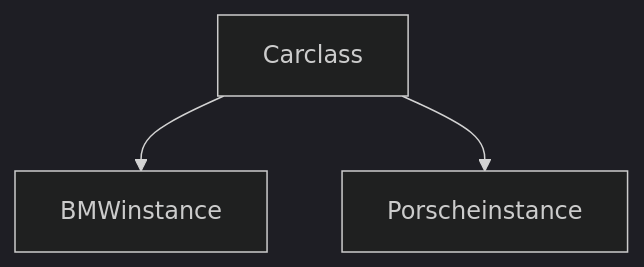
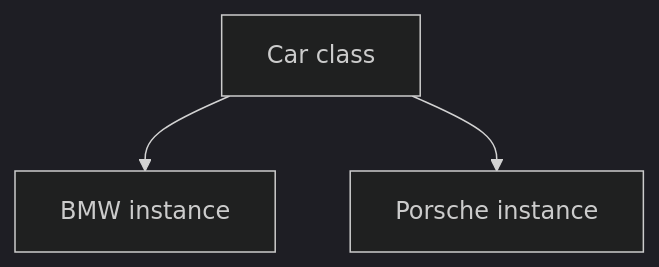
The first of 2 diagrams in README.md (IlyaPrusakou/ABAPBuilderPattern), drawn with Mermaid (dark theme) before and after one commit.

Commit message:
Update README.md
Diagram formatting

````diff
--- a/README.md
+++ b/README.md
@@ -47,5 +47,5 @@
    ```mermaid
     graph TD;
-    A[Carclass]-->B[BMWinstance];
-    A[Carclass]-->C[Porscheinstance];
+    A[Car class]-->B[BMW instance];
+    A[Car class]-->C[Porsche instance];
    ```
````
